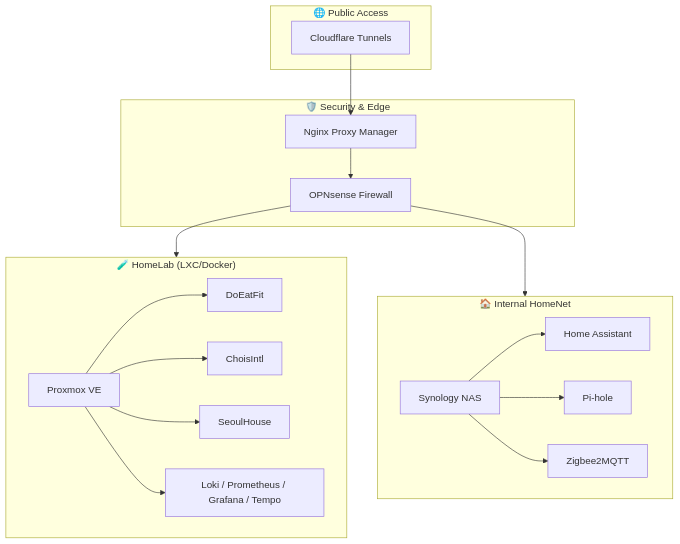
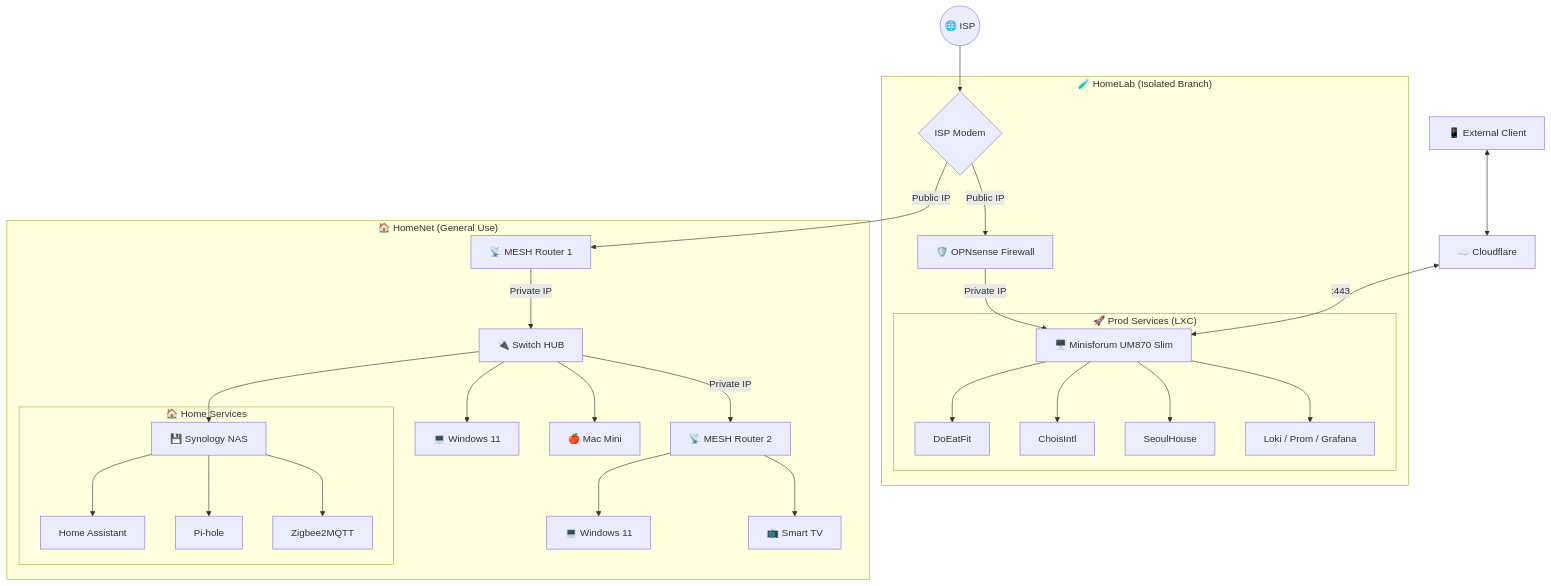
One commit to EricNakor/EricNakor changed the diagram in README.md. Above: the diagram before and after it, drawn with Mermaid. The commit also changed other lines of this file, not shown here.

````diff
--- a/README.md
+++ b/README.md
@@ -39,31 +51,41 @@
 ```mermaid
 graph TD
-    subgraph Internet ["🌐 Public Access"]
-        CF[Cloudflare Tunnels]
+    %% Internet & External Access
+    ISP((🌐 ISP)) --> MODEM{ISP Modem}
+    CLIENT[📱 External Client] <--> CF[☁️ Cloudflare]
+    
+    %% HomeLab Segment
+    subgraph HomeLab ["🧪 HomeLab (Isolated Branch)"]
+        MODEM -- "Public IP" --> OPN[🛡️ OPNsense Firewall]
+        OPN -- "Private IP" --> MINI[🖥️ Minisforum UM870 Slim]
+        
+        subgraph ProdServices ["🚀 Prod Services (LXC)"]
+            MINI --> S1["DoEatFit"]
+            MINI --> S2["ChoisIntl"]
+            MINI --> S3["SeoulHouse"]
+            MINI --> MON["Loki / Prom / Grafana"]
+        end
     end
+    
+    %% Connection from Cloudflare
+    CF <-->|":443"| MINI
 
-    subgraph DMZ ["🛡️ Security & Edge"]
-        NPM[Nginx Proxy Manager]
-        OPN[OPNsense Firewall]
+    %% HomeNet Segment
+    subgraph HomeNet ["🏠 HomeNet (General Use)"]
+        MODEM -- "Public IP" --> MESH1[📡 MESH Router 1]
+        MESH1 -- "Private IP" --> HUB[🔌 Switch HUB]
+        
+        HUB --> WIN_A["💻 Windows 11"]
+        HUB --> MAC["🍎 Mac Mini"]
+        HUB --> NAS["💾 Synology NAS"]
+        subgraph NAS_Services ["🏠 Home Services"]
+            NAS --> HA[Home Assistant]
+            NAS --> PH[Pi-hole]
+            NAS --> ZB[Zigbee2MQTT]
+        end
+        
+        HUB -- "Private IP" --> MESH2[📡 MESH Router 2]
+        MESH2 --> WIN_B["💻 Windows 11"]
+        MESH2 --> TV["📺 Smart TV"]
     end
-
-    subgraph HomeLab ["🧪 HomeLab (LXC/Docker)"]
-        PROX[Proxmox VE]
-        PROX --> S1["DoEatFit"]
-        PROX --> S2["ChoisIntl"]
-        PROX --> S3["SeoulHouse"]
-        PROX --> MONITOR["Loki / Prometheus / Grafana / Tempo"]
-    end
-
-    subgraph HomeNet ["🏠 Internal HomeNet"]
-        SYN[Synology NAS]
-        SYN --> HA[Home Assistant]
-        SYN --> PH[Pi-hole]
-        SYN --> Zigbee[Zigbee2MQTT]
-    end
-
-    CF --> NPM
-    NPM --> OPN
-    OPN --> HomeLab
-    OPN --> HomeNet
 ```
````
